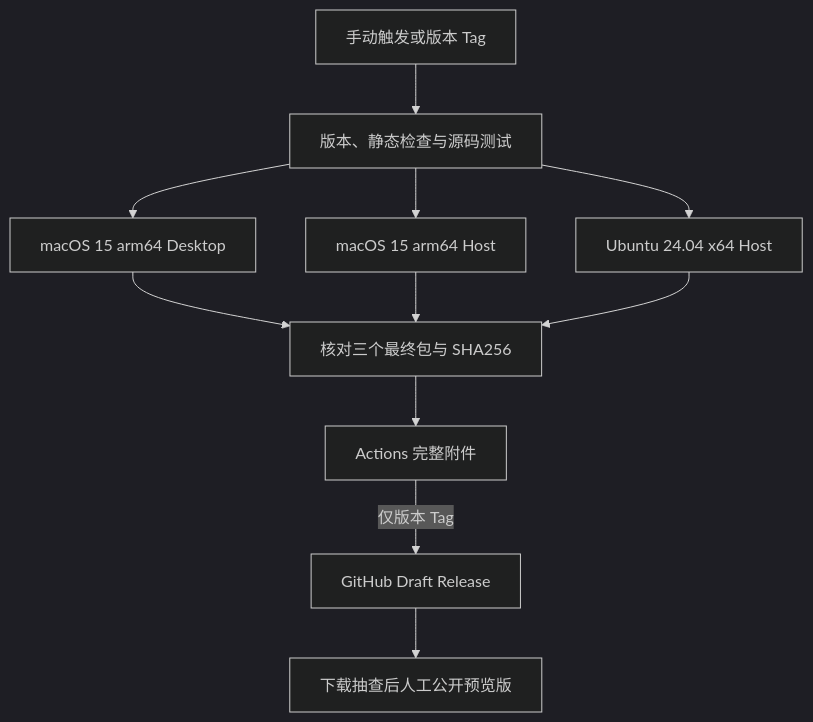
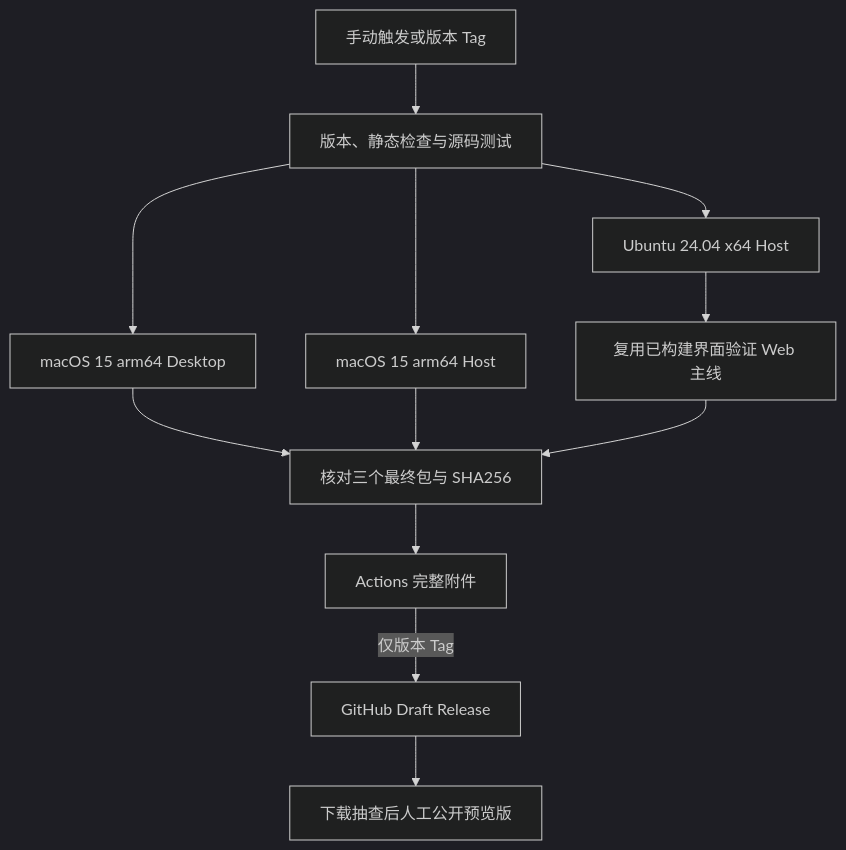
One commit to xidongdong-153/Pi-meme changed the second of 2 diagrams in docs/releasing.md. Above: the diagram before and after it, drawn with Mermaid. The commit also changed other lines of this file and 102 other files, not shown here.

````diff
--- a/docs/releasing.md
+++ b/docs/releasing.md
@@ -162,14 +162,15 @@
 ```mermaid
 %%{init: {"theme": "dark"}}%%
 flowchart TD
   Trigger["手动触发或版本 Tag"] --> Check["版本、静态检查与源码测试"]
   Check --> Desktop["macOS 15 arm64 Desktop"]
   Check --> MacHost["macOS 15 arm64 Host"]
   Check --> LinuxHost["Ubuntu 24.04 x64 Host"]
   Desktop --> Assemble["核对三个最终包与 SHA256"]
   MacHost --> Assemble
-  LinuxHost --> Assemble
+  LinuxHost --> Web["复用已构建界面验证 Web 主线"]
+  Web --> Assemble
   Assemble --> Artifacts["Actions 完整附件"]
   Artifacts -->|"仅版本 Tag"| Draft["GitHub Draft Release"]
   Draft --> Manual["下载抽查后人工公开预览版"]
 ```
````
